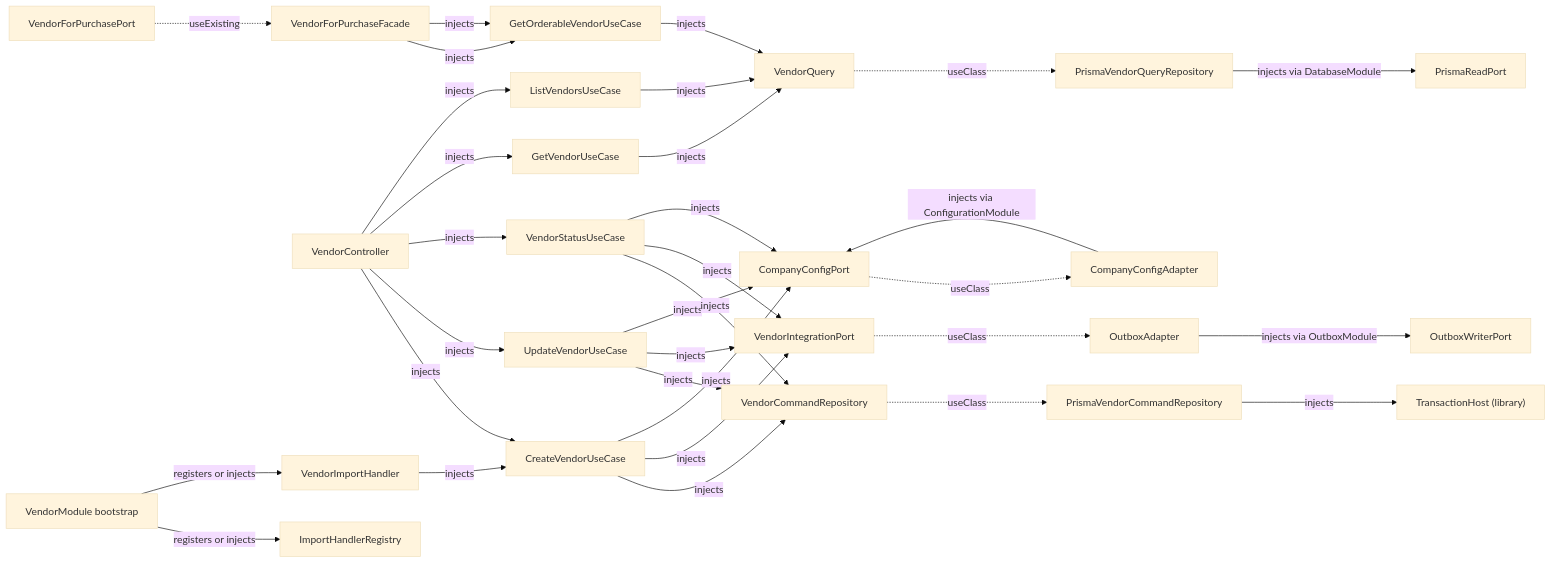
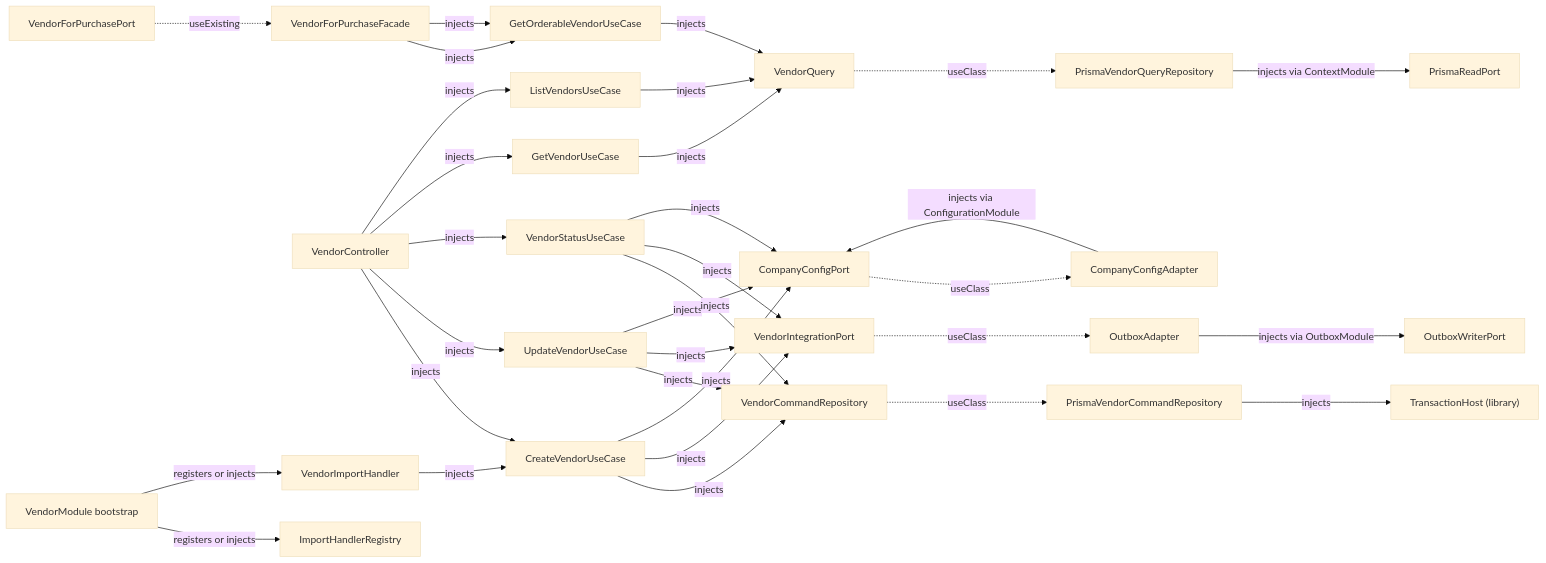
One commit to ashrafemon/ddd-boilerplate changed the second of 22 diagrams in docs/DI-WIRING.md. Above: the diagram before and after it, drawn with Mermaid (base theme). The commit also changed other lines of this file and 41 other files, not shown here.

````diff
--- a/docs/DI-WIRING.md
+++ b/docs/DI-WIRING.md
@@ -121,57 +119,57 @@
 ```mermaid
 flowchart LR
     VendorForPurchasePort["VendorForPurchasePort"]
     VendorForPurchaseFacade["VendorForPurchaseFacade"]
     VendorForPurchasePort -.->|useExisting| VendorForPurchaseFacade
     VendorCommandRepository["VendorCommandRepository"]
     PrismaVendorCommandRepository["PrismaVendorCommandRepository"]
     VendorCommandRepository -.->|useClass| PrismaVendorCommandRepository
     VendorQuery["VendorQuery"]
     PrismaVendorQueryRepository["PrismaVendorQueryRepository"]
     VendorQuery -.->|useClass| PrismaVendorQueryRepository
     VendorIntegrationPort["VendorIntegrationPort"]
     OutboxAdapter["OutboxAdapter"]
     VendorIntegrationPort -.->|useClass| OutboxAdapter
     CompanyConfigPort["CompanyConfigPort"]
     CompanyConfigAdapter["CompanyConfigAdapter"]
     CompanyConfigPort -.->|useClass| CompanyConfigAdapter
     VendorController["VendorController"]
     CreateVendorUseCase["CreateVendorUseCase"]
     VendorController -->|injects| CreateVendorUseCase
     UpdateVendorUseCase["UpdateVendorUseCase"]
     VendorController -->|injects| UpdateVendorUseCase
     VendorStatusUseCase["VendorStatusUseCase"]
     VendorController -->|injects| VendorStatusUseCase
     GetVendorUseCase["GetVendorUseCase"]
     VendorController -->|injects| GetVendorUseCase
     ListVendorsUseCase["ListVendorsUseCase"]
     VendorController -->|injects| ListVendorsUseCase
     VendorImportHandler["VendorImportHandler"]
     VendorImportHandler -->|injects| CreateVendorUseCase
     CreateVendorUseCase -->|injects| VendorCommandRepository
     CreateVendorUseCase -->|injects| VendorIntegrationPort
     CreateVendorUseCase -->|injects| CompanyConfigPort
     UpdateVendorUseCase -->|injects| VendorCommandRepository
     UpdateVendorUseCase -->|injects| VendorIntegrationPort
     UpdateVendorUseCase -->|injects| CompanyConfigPort
     VendorStatusUseCase -->|injects| VendorCommandRepository
     VendorStatusUseCase -->|injects| VendorIntegrationPort
     VendorStatusUseCase -->|injects| CompanyConfigPort
     GetVendorUseCase -->|injects| VendorQuery
     ListVendorsUseCase -->|injects| VendorQuery
     GetOrderableVendorUseCase["GetOrderableVendorUseCase"]
     GetOrderableVendorUseCase -->|injects| VendorQuery
     VendorForPurchaseFacade -->|injects| GetOrderableVendorUseCase
     VendorForPurchaseFacade -->|injects| GetOrderableVendorUseCase
     TransactionHost__library_["TransactionHost (library)"]
     PrismaVendorCommandRepository -->|injects| TransactionHost__library_
     PrismaReadPort["PrismaReadPort"]
-    PrismaVendorQueryRepository -->|injects via DatabaseModule| PrismaReadPort
+    PrismaVendorQueryRepository -->|injects via ContextModule| PrismaReadPort
     OutboxWriterPort["OutboxWriterPort"]
     OutboxAdapter -->|injects via OutboxModule| OutboxWriterPort
     CompanyConfigAdapter -->|injects via ConfigurationModule| CompanyConfigPort
     VendorModule_bootstrap["VendorModule bootstrap"]
     ImportHandlerRegistry["ImportHandlerRegistry"]
     VendorModule_bootstrap -->|registers or injects| ImportHandlerRegistry
     VendorModule_bootstrap -->|registers or injects| VendorImportHandler
 ```
````
